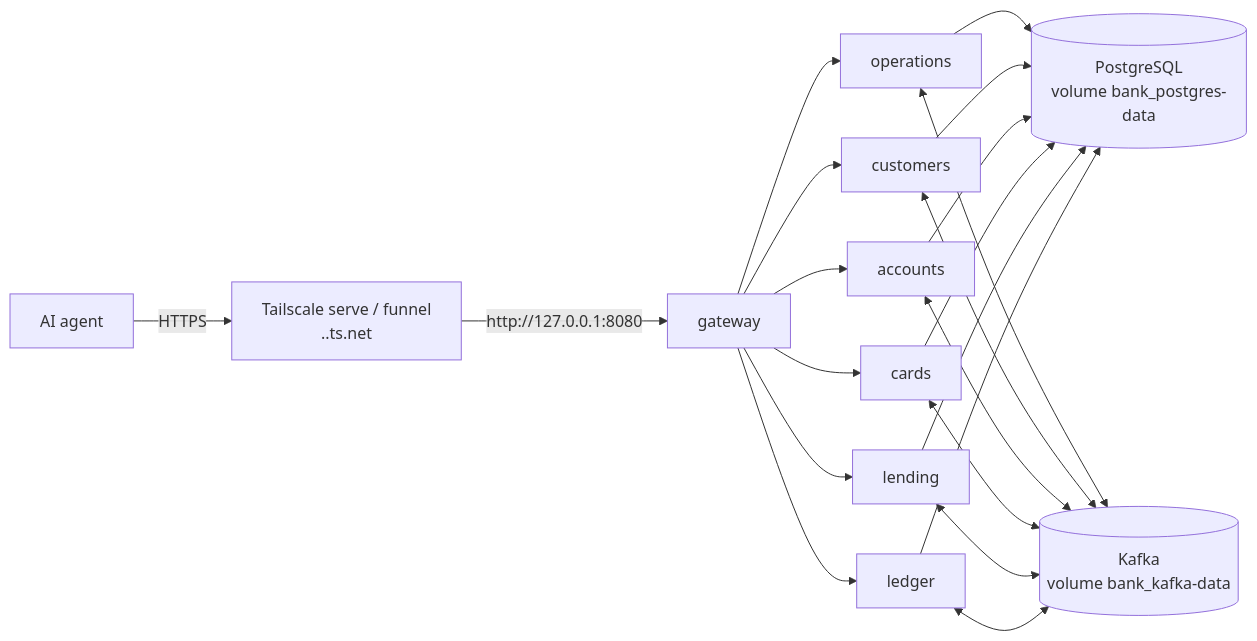
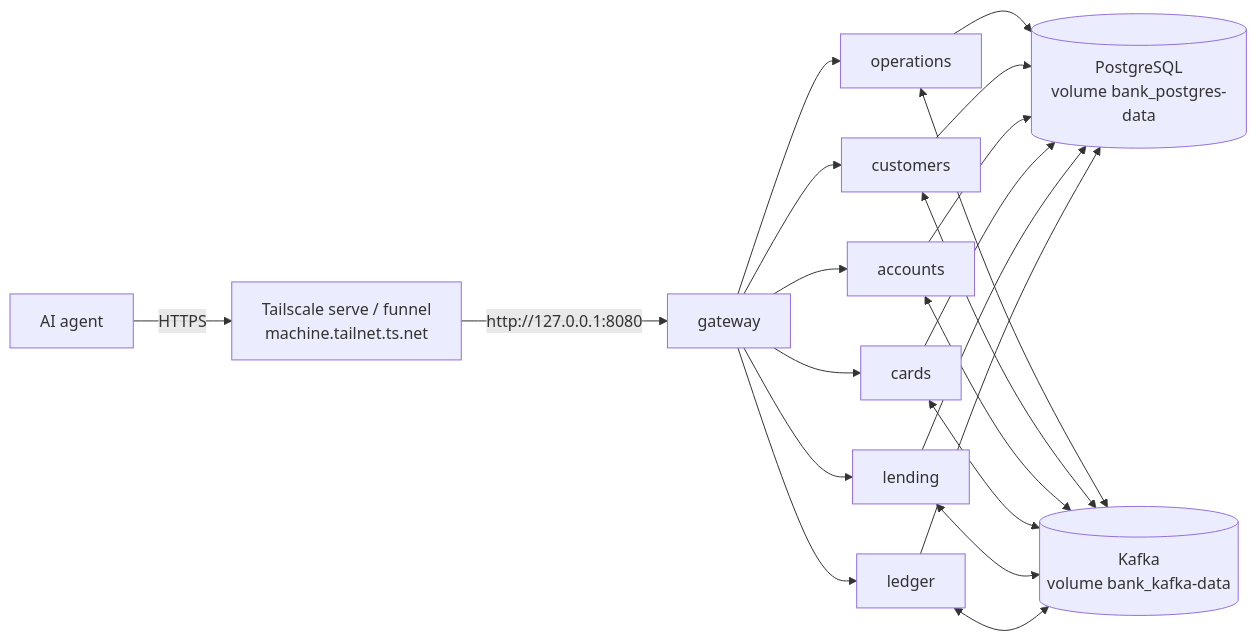
The diagram in core_banking/bank-platform/deploy/home-hosting.md (majid-sharif-soleimani/banking_demo), drawn with Mermaid before and after one commit. The commit also changed other lines of this file and 24 other files, not shown here.

````diff
--- a/core_banking/bank-platform/deploy/home-hosting.md
+++ b/core_banking/bank-platform/deploy/home-hosting.md
@@ -7,8 +7,8 @@
 ```mermaid
 flowchart LR
-  Agent[AI agent] -->|HTTPS| TS[Tailscale serve / funnel<br/><machine>.<tailnet>.ts.net]
+  Agent[AI agent] -->|HTTPS| TS[Tailscale serve / funnel<br/>machine.tailnet.ts.net]
   TS -->|http://127.0.0.1:8080| GW[gateway]
   GW --> OPS[operations] & CUS[customers] & ACC[accounts] & CRD[cards] & LEN[lending] & LED[ledger]
   OPS & CUS & ACC & CRD & LEN & LED --> PG[(PostgreSQL<br/>volume bank_postgres-data)]
   OPS & CUS & ACC & CRD & LEN & LED <--> K[(Kafka<br/>volume bank_kafka-data)]
 ```
````
